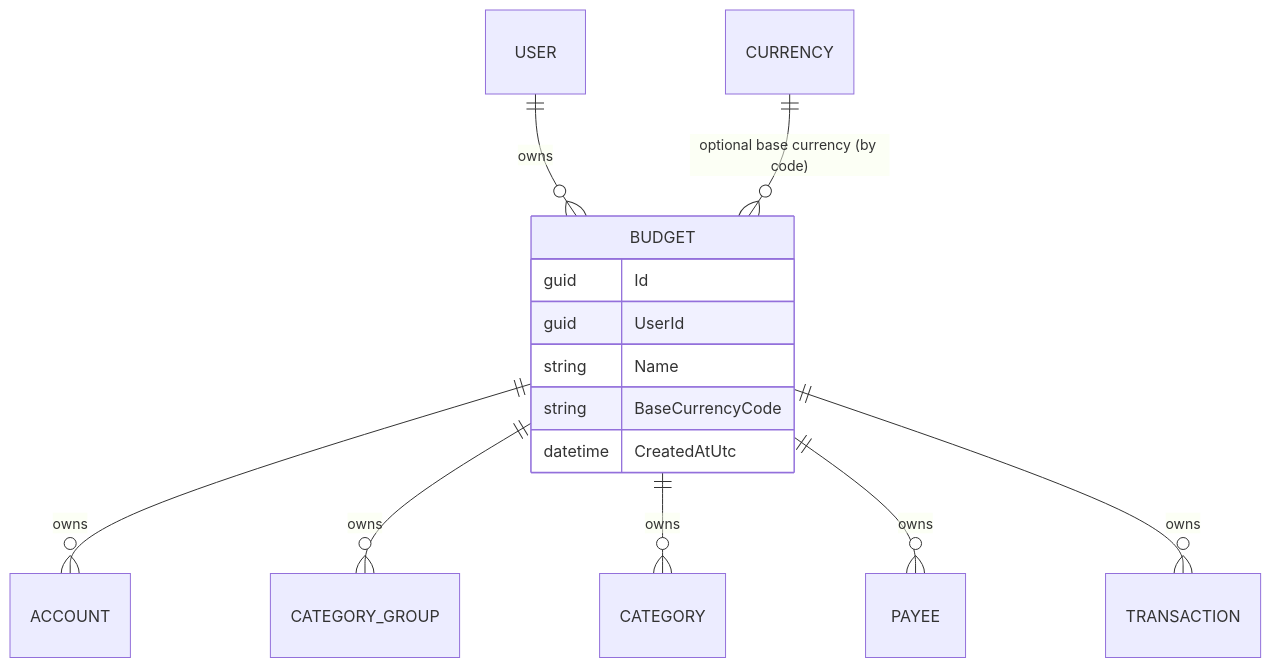
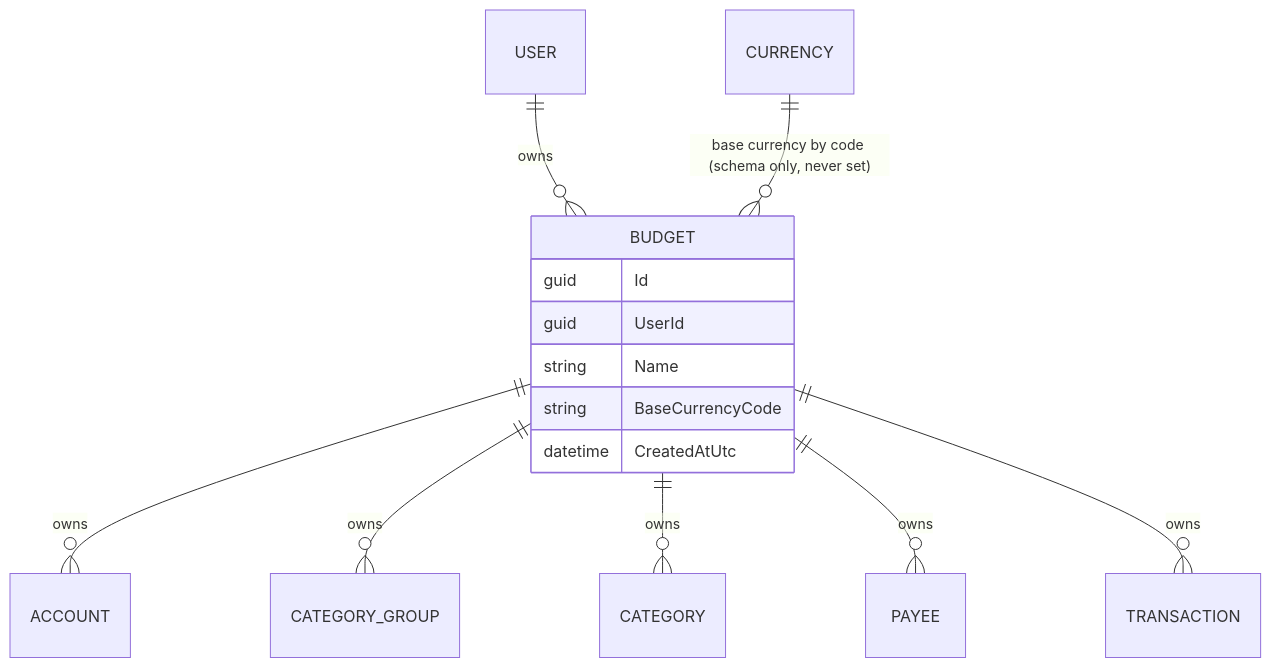
One commit to anton-kochev/budgetoid changed the first of 2 diagrams in docs/business-logic/budgets.md. Above: the diagram before and after it, drawn with Mermaid. The commit also changed other lines of this file and 8 other files, not shown here.

First line of the commit message:
docs: a base currency nobody can set, and a 404 that is often a 400

````diff
--- a/docs/business-logic/budgets.md
+++ b/docs/business-logic/budgets.md
@@ -44,17 +47,17 @@
 ```mermaid
 erDiagram
     USER ||--o{ BUDGET : owns
-    CURRENCY ||--o{ BUDGET : "optional base currency (by code)"
+    CURRENCY ||--o{ BUDGET : "base currency by code (schema only, never set)"
     BUDGET ||--o{ ACCOUNT : owns
     BUDGET ||--o{ CATEGORY_GROUP : owns
     BUDGET ||--o{ CATEGORY : owns
     BUDGET ||--o{ PAYEE : owns
     BUDGET ||--o{ TRANSACTION : owns
     BUDGET {
         guid Id
         guid UserId
         string Name
         string BaseCurrencyCode
         datetime CreatedAtUtc
     }
 ```
````
